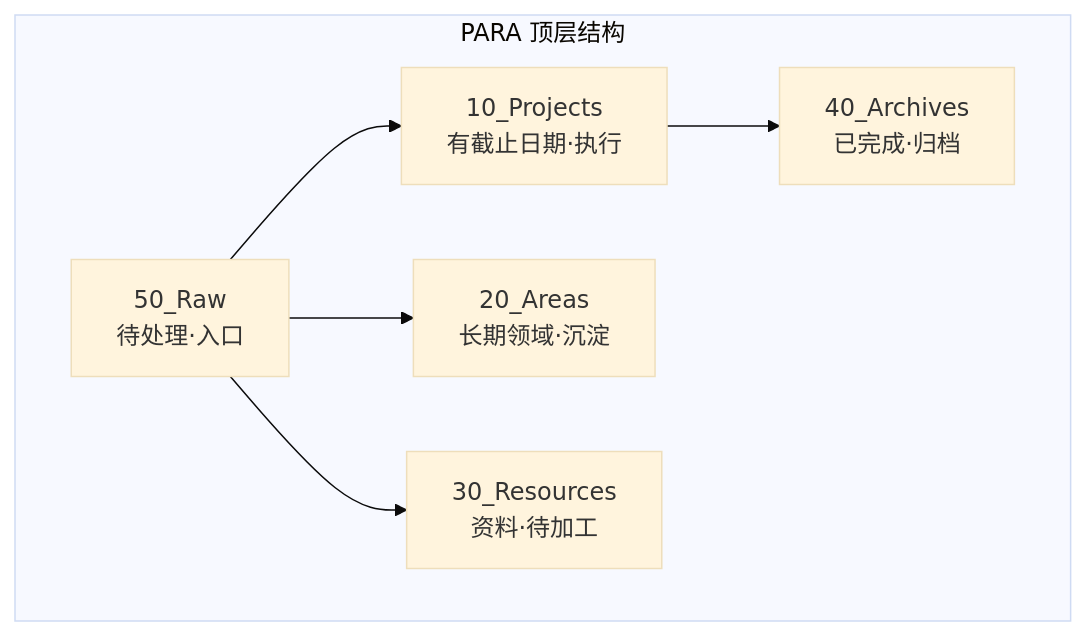
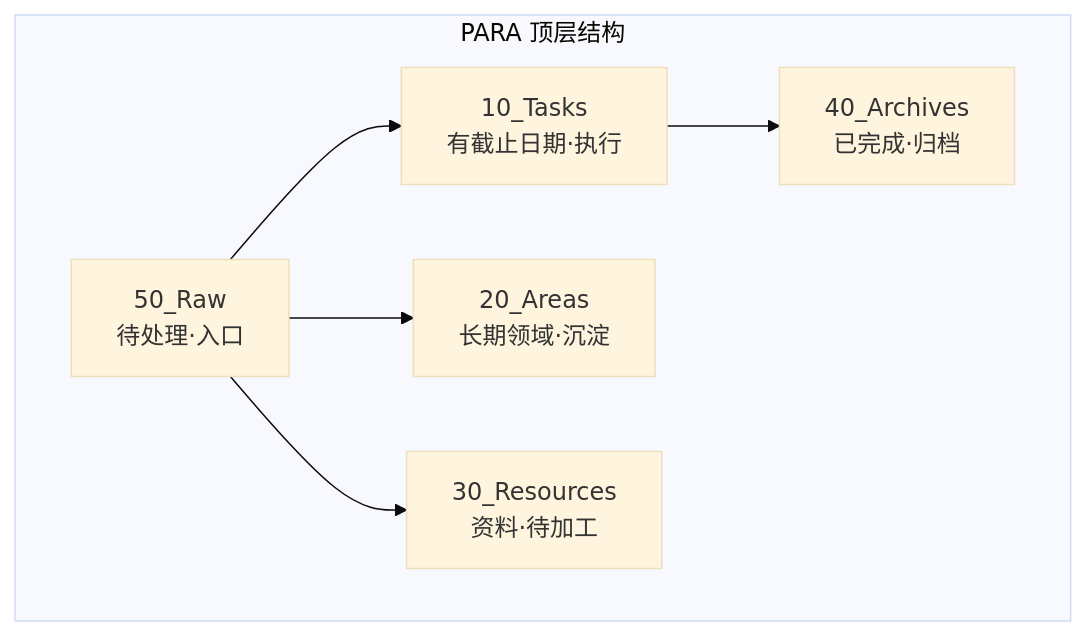
Before and after one commit to EvilJoker/pkmskill: the second of 7 diagrams in 文章/Introduce.md, drawn with Mermaid (base theme). The commit also changed other lines of this file and 26 other files, not shown here.

````diff
--- a/文章/Introduce.md
+++ b/文章/Introduce.md
@@ -104,14 +104,14 @@
 ```mermaid
 flowchart TB
     subgraph PARA["PARA 顶层结构"]
-        P["10_Projects<br/>有截止日期·执行"]
+        P["10_Tasks<br/>有截止日期·执行"]
         A["20_Areas<br/>长期领域·沉淀"]
         R["30_Resources<br/>资料·待加工"]
         Ar["40_Archives<br/>已完成·归档"]
         Raw["50_Raw<br/>待处理·入口"]
         Raw --> P
         Raw --> A
         Raw --> R
         P --> Ar
     end
 ```
````
